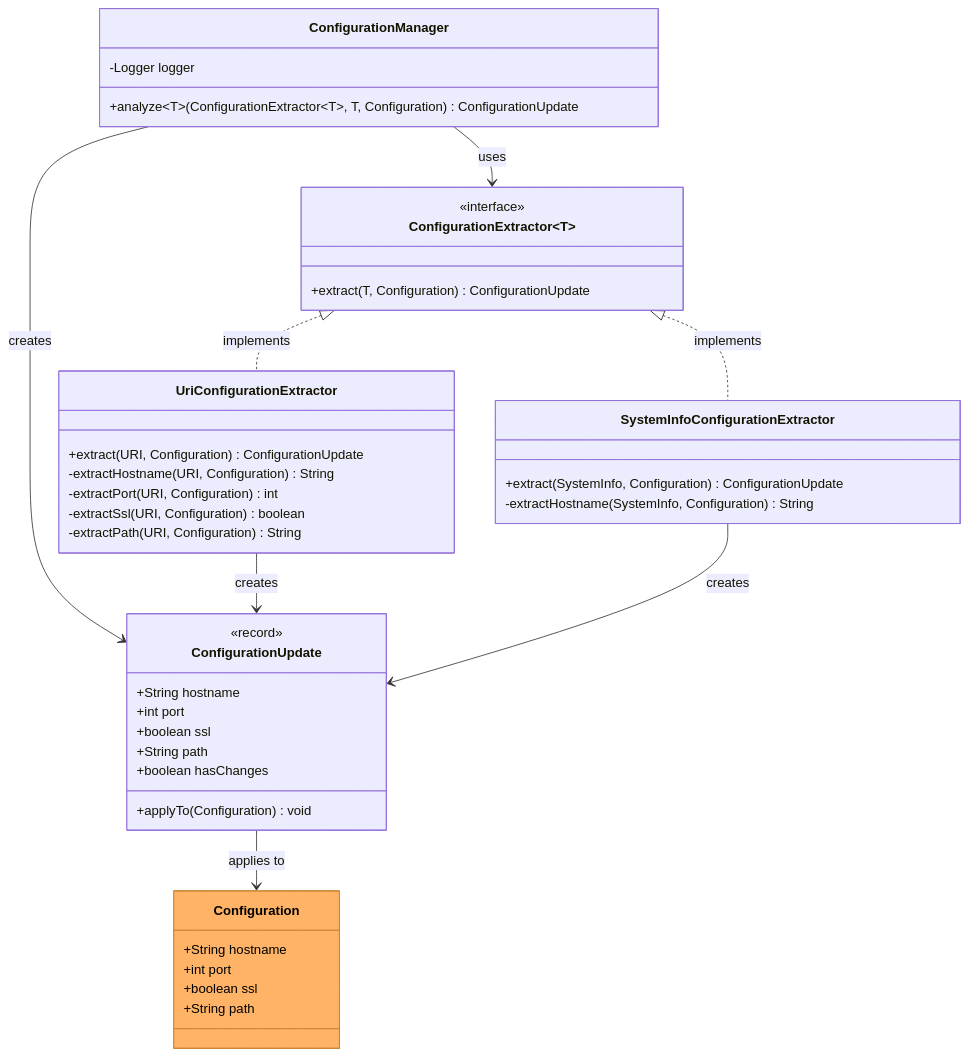
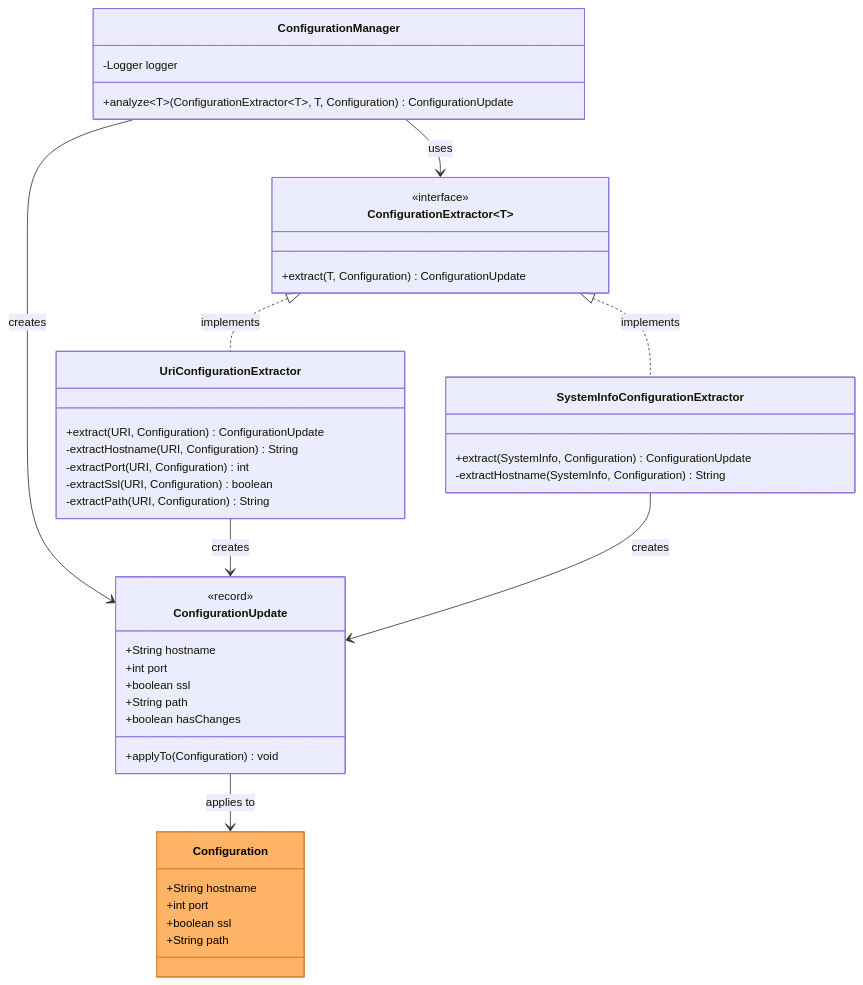
Before and after one commit to openhab/openhab-addons: the diagram in bundles/org.openhab.binding.jellyfin/docs/architecture/configuration-management.md, drawn with Mermaid. The commit also changed 15 other files, not shown here.

Commit message:
chore(docs): update architecture documentation with Mermaid diagram enhancements and remove obsolete NOTICE file

````diff
--- a/bundles/org.openhab.binding.jellyfin/docs/architecture/configuration-management.md
+++ b/bundles/org.openhab.binding.jellyfin/docs/architecture/configuration-management.md
@@ -33,58 +33,59 @@
 ```mermaid
+%%{init: { 'themeVariables': { 'fontSize': '14px' }, 'class': { 'useMaxWidth': false } } }%%
 classDiagram
     %% Main manager and strategy interface
     class ConfigurationManager {
         -Logger logger
         +analyze~T~(ConfigurationExtractor~T~, T, Configuration) ConfigurationUpdate
     }
 
     class ConfigurationExtractor~T~ {
         <<interface>>
         +extract(T, Configuration) ConfigurationUpdate
     }
 
     %% Concrete strategy implementations
     class UriConfigurationExtractor {
         +extract(URI, Configuration) ConfigurationUpdate
         -extractHostname(URI, Configuration) String
         -extractPort(URI, Configuration) int
         -extractSsl(URI, Configuration) boolean
         -extractPath(URI, Configuration) String
     }
 
     class SystemInfoConfigurationExtractor {
         +extract(SystemInfo, Configuration) ConfigurationUpdate
         -extractHostname(SystemInfo, Configuration) String
     }
 
     %% Immutable result record
     class ConfigurationUpdate {
         <<record>>
         +String hostname
         +int port
         +boolean ssl
         +String path
         +boolean hasChanges
         +applyTo(Configuration) void
     }
 
     %% Configuration class
     class Configuration {
         +String hostname
         +int port
         +boolean ssl
         +String path
     }
 
     %% Relationships
     ConfigurationManager --> ConfigurationExtractor : uses
     ConfigurationManager --> ConfigurationUpdate : creates
     ConfigurationExtractor <|.. UriConfigurationExtractor : implements
     ConfigurationExtractor <|.. SystemInfoConfigurationExtractor : implements
     UriConfigurationExtractor --> ConfigurationUpdate : creates
     SystemInfoConfigurationExtractor --> ConfigurationUpdate : creates
     ConfigurationUpdate --> Configuration : applies to
 
     %% Color scheme for external libraries
     style Configuration fill:#ffb366,stroke:#cc8533,color:#000
 ```
````
